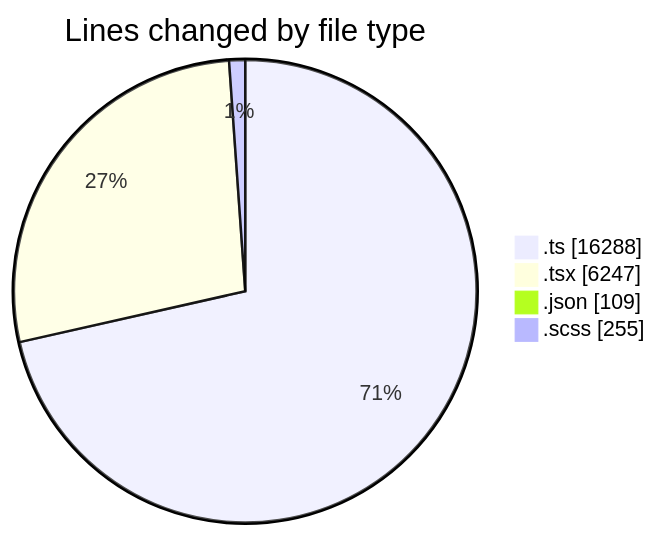
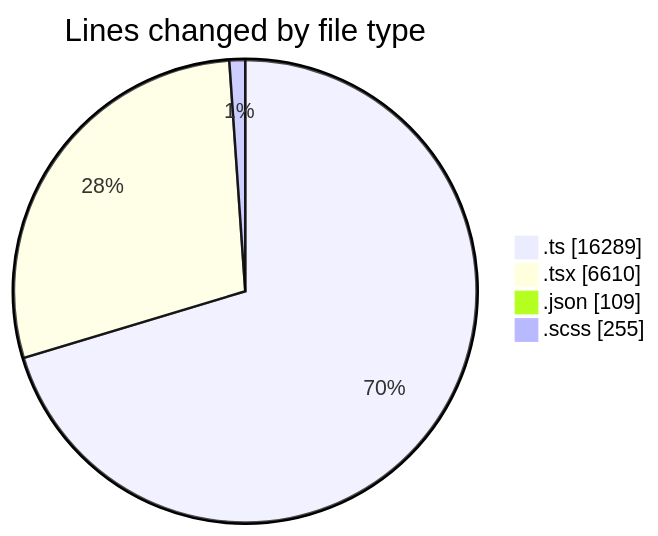
Before and after one commit to momahboobian/code-tracking: the first of 2 diagrams in 2025-07-04/cda/README.md, drawn with Mermaid. The commit also changed other lines of this file and 1 other file, not shown here.

````diff
--- a/2025-07-04/cda/README.md
+++ b/2025-07-04/cda/README.md
@@ -42,8 +43,8 @@
 ```mermaid
 pie showData
 title Lines changed by file type
-".ts" : 16288
-".tsx" : 6247
+".ts" : 16289
+".tsx" : 6610
 ".json" : 109
 ".scss" : 255
 ```
````
